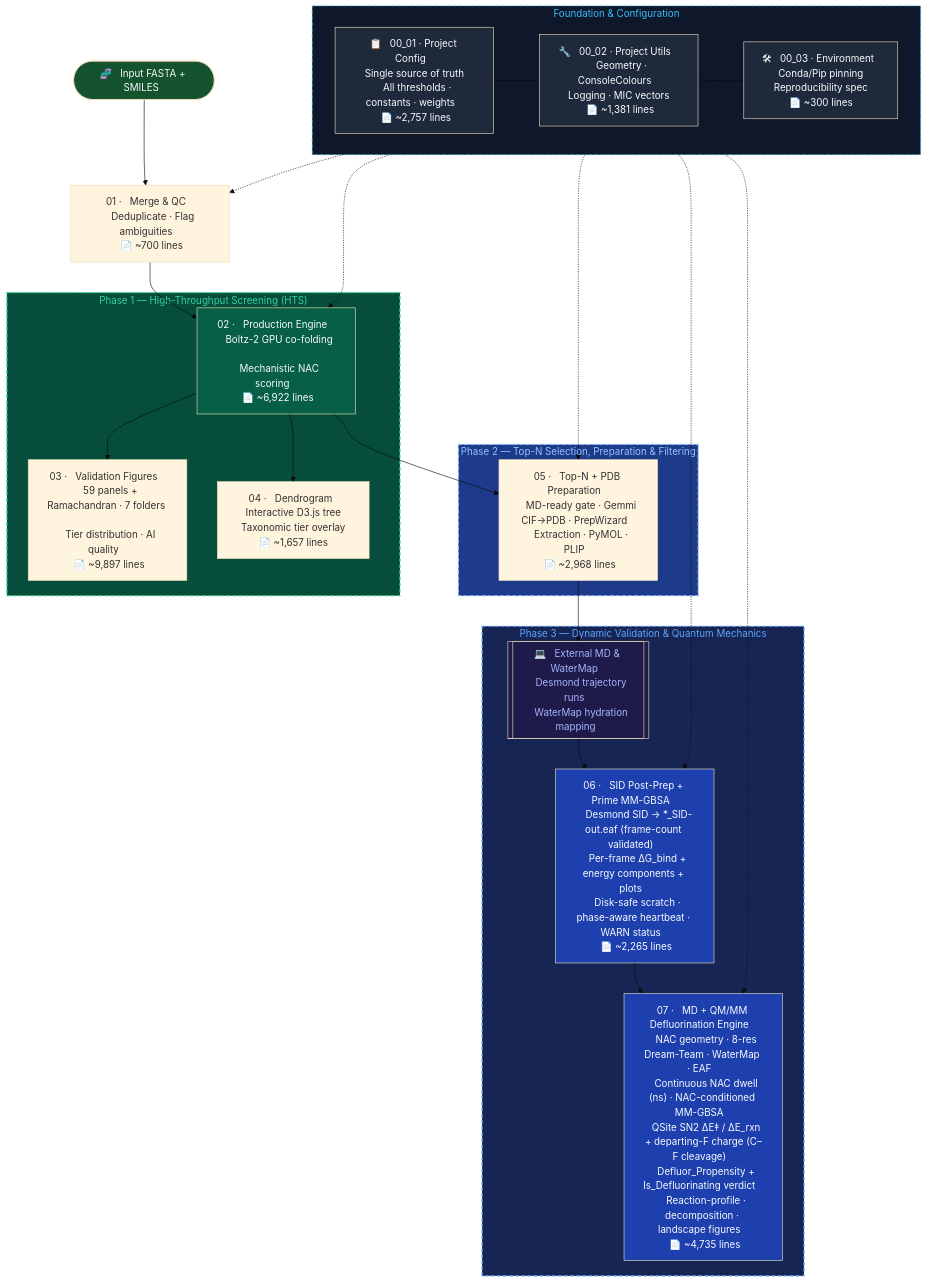
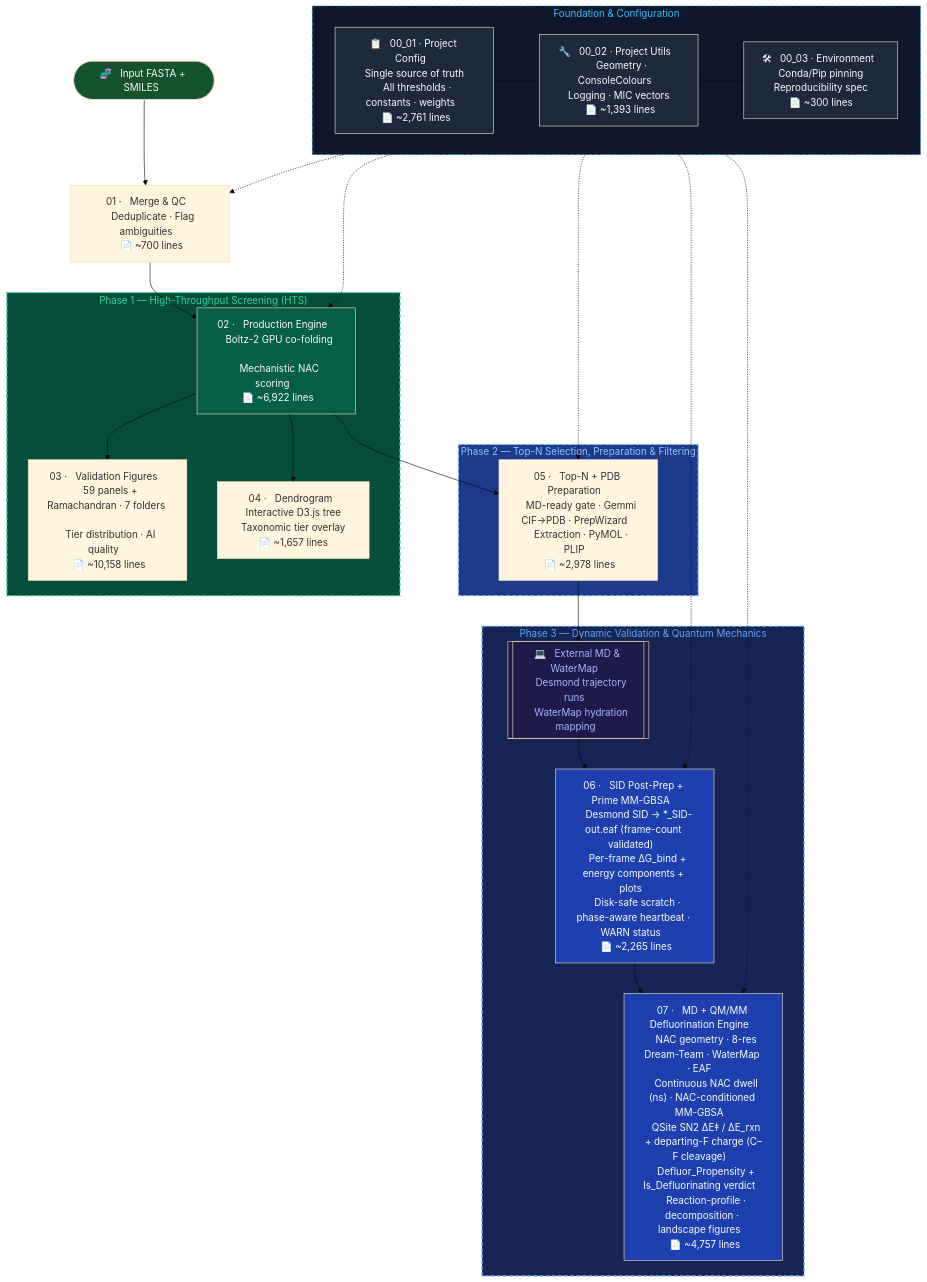
Before and after one commit to KU-MGB/DeFluorX: the diagram in README.md, drawn with Mermaid (base theme). The commit also changed other lines of this file, not shown here.

````diff
--- a/README.md
+++ b/README.md
@@ -190,56 +190,56 @@
 ```mermaid
 flowchart TD
     subgraph FOUNDATION["  Foundation & Configuration  "]
-        CFG["📋 &nbsp; 00_01 · Project Config &nbsp; \n &nbsp; Single source of truth &nbsp; \n &nbsp; All thresholds · constants · weights &nbsp; \n &nbsp; 📄 ~2,757 lines &nbsp; "]
-        UTL["🔧 &nbsp; 00_02 · Project Utils &nbsp; \n &nbsp; Geometry · ConsoleColours &nbsp; \n &nbsp; Logging · MIC vectors &nbsp; \n &nbsp; 📄 ~1,381 lines &nbsp; "]
+        CFG["📋 &nbsp; 00_01 · Project Config &nbsp; \n &nbsp; Single source of truth &nbsp; \n &nbsp; All thresholds · constants · weights &nbsp; \n &nbsp; 📄 ~2,761 lines &nbsp; "]
+        UTL["🔧 &nbsp; 00_02 · Project Utils &nbsp; \n &nbsp; Geometry · ConsoleColours &nbsp; \n &nbsp; Logging · MIC vectors &nbsp; \n &nbsp; 📄 ~1,393 lines &nbsp; "]
         ENV["🛠 &nbsp; 00_03 · Environment &nbsp; \n &nbsp; Conda/Pip pinning &nbsp; \n &nbsp; Reproducibility spec &nbsp; \n &nbsp; 📄 ~300 lines &nbsp; "]
         CFG --- UTL --- ENV
     end
 
     START(["🧬 &nbsp; Input FASTA + SMILES &nbsp;"]) --> M1
     M1["01 · &nbsp; Merge & QC &nbsp; \n &nbsp; Deduplicate · Flag ambiguities &nbsp; \n &nbsp; 📄 ~700 lines &nbsp; "] --> M2
 
     subgraph PHASE1["  Phase 1 — High-Throughput Screening (HTS)  "]
         M2["02 · &nbsp; Production Engine &nbsp; \n &nbsp; Boltz-2 GPU co-folding &nbsp; \n &nbsp; Mechanistic NAC scoring &nbsp; \n &nbsp; 📄 ~6,922 lines &nbsp; "]
-        M3["03 · &nbsp; Validation Figures &nbsp; \n &nbsp; 59 panels + Ramachandran · 7 folders &nbsp; \n &nbsp; Tier distribution · AI quality &nbsp; \n &nbsp; 📄 ~9,897 lines &nbsp; "]
+        M3["03 · &nbsp; Validation Figures &nbsp; \n &nbsp; 59 panels + Ramachandran · 7 folders &nbsp; \n &nbsp; Tier distribution · AI quality &nbsp; \n &nbsp; 📄 ~10,158 lines &nbsp; "]
         M4["04 · &nbsp; Dendrogram &nbsp; \n &nbsp; Interactive D3.js tree &nbsp; \n &nbsp; Taxonomic tier overlay &nbsp; \n &nbsp; 📄 ~1,657 lines &nbsp; "]
         M2 --> M3
         M2 --> M4
     end
 
     M2 --> M5
 
     subgraph PHASE2["  Phase 2 — Top-N Selection, Preparation & Filtering  "]
-        M5["05 · &nbsp; Top-N + PDB Preparation &nbsp; \n &nbsp; MD-ready gate · Gemmi CIF→PDB · PrepWizard &nbsp; \n &nbsp; Extraction · PyMOL · PLIP &nbsp; \n &nbsp; 📄 ~2,968 lines &nbsp; "]
+        M5["05 · &nbsp; Top-N + PDB Preparation &nbsp; \n &nbsp; MD-ready gate · Gemmi CIF→PDB · PrepWizard &nbsp; \n &nbsp; Extraction · PyMOL · PLIP &nbsp; \n &nbsp; 📄 ~2,978 lines &nbsp; "]
     end
 
     M5 --> EXT_MD
 
     subgraph PHASE3["  Phase 3 — Dynamic Validation & Quantum Mechanics  "]
         EXT_MD[["💻 &nbsp; External MD & WaterMap &nbsp; \n &nbsp; Desmond trajectory runs &nbsp; \n &nbsp; WaterMap hydration mapping &nbsp;"]]
         M6["06 · &nbsp; SID Post-Prep + Prime MM-GBSA &nbsp; \n &nbsp; Desmond SID → *_SID-out.eaf (frame-count validated) &nbsp; \n &nbsp; Per-frame ΔG_bind + energy components + plots &nbsp; \n &nbsp; Disk-safe scratch · phase-aware heartbeat · WARN status &nbsp; \n &nbsp; 📄 ~2,265 lines &nbsp; "]
-        M7["07 · &nbsp; MD + QM/MM Defluorination Engine &nbsp; \n &nbsp; NAC geometry · 8-res Dream-Team · WaterMap · EAF &nbsp; \n &nbsp; Continuous NAC dwell (ns) · NAC-conditioned MM-GBSA &nbsp; \n &nbsp; QSite SN2 ΔE‡ / ΔE_rxn + departing-F charge (C–F cleavage) &nbsp; \n &nbsp; Defluor_Propensity + Is_Defluorinating verdict &nbsp; \n &nbsp; Reaction-profile · decomposition · landscape figures &nbsp; \n &nbsp; 📄 ~4,735 lines &nbsp; "]
+        M7["07 · &nbsp; MD + QM/MM Defluorination Engine &nbsp; \n &nbsp; NAC geometry · 8-res Dream-Team · WaterMap · EAF &nbsp; \n &nbsp; Continuous NAC dwell (ns) · NAC-conditioned MM-GBSA &nbsp; \n &nbsp; QSite SN2 ΔE‡ / ΔE_rxn + departing-F charge (C–F cleavage) &nbsp; \n &nbsp; Defluor_Propensity + Is_Defluorinating verdict &nbsp; \n &nbsp; Reaction-profile · decomposition · landscape figures &nbsp; \n &nbsp; 📄 ~4,757 lines &nbsp; "]
         EXT_MD --> M6 --> M7
     end
 
     %% Dependencies
     FOUNDATION -.-> M1
     FOUNDATION -.-> M2
     FOUNDATION -.-> M5
     FOUNDATION -.-> M6
     FOUNDATION -.-> M7
 
     style FOUNDATION fill:#0f172a,color:#38bdf8,stroke:#38bdf8
     style CFG fill:#1e293b,color:#f8fafc
     style UTL fill:#1e293b,color:#f8fafc
     style ENV fill:#1e293b,color:#f8fafc
     style PHASE1 fill:#064e3b,color:#34d399,stroke:#34d399,stroke-width:2px,stroke-dasharray: 6 4
     style PHASE2 fill:#1e3a8a,color:#93c5fd,stroke:#93c5fd,stroke-width:2px,stroke-dasharray: 6 4
     style PHASE3 fill:#172554,color:#60a5fa,stroke:#60a5fa,stroke-width:2px,stroke-dasharray: 6 4
     style FOUNDATION stroke-dasharray: 6 4
     style M2 fill:#065f46,color:#f8fafc
     style M6 fill:#1e40af,color:#f8fafc
     style M7 fill:#1e40af,color:#f8fafc
     style START fill:#14532d,color:#f8fafc
     style EXT_MD fill:#1e1b4b,color:#a5b4fc
 ```
````
